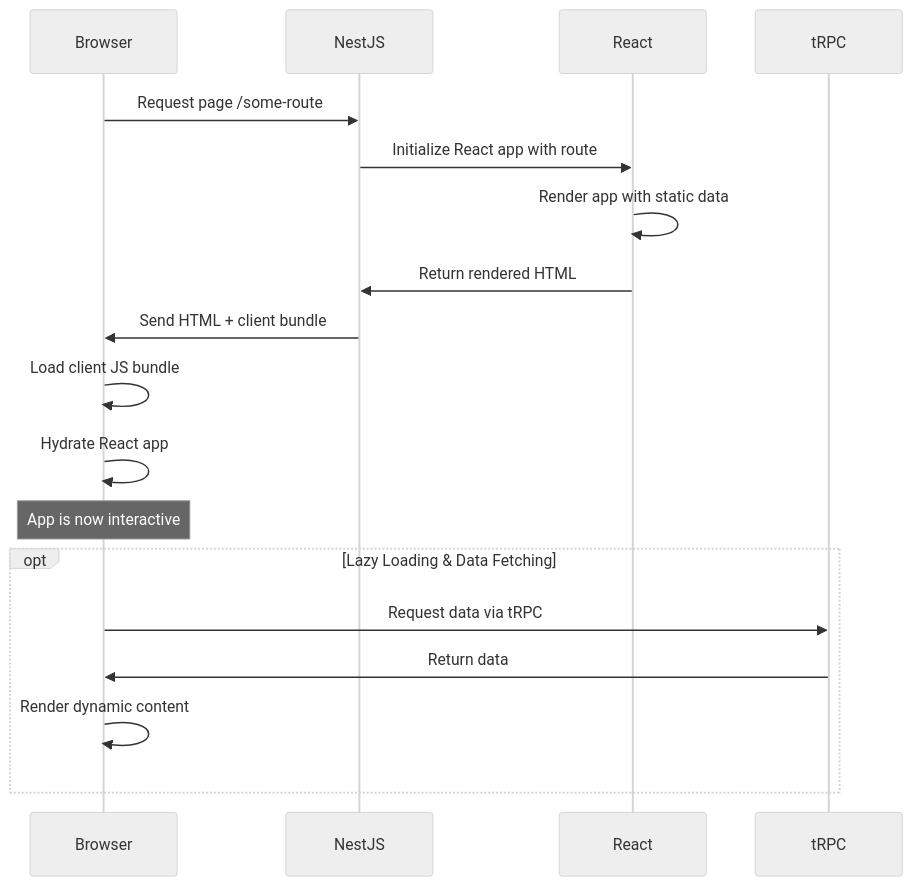
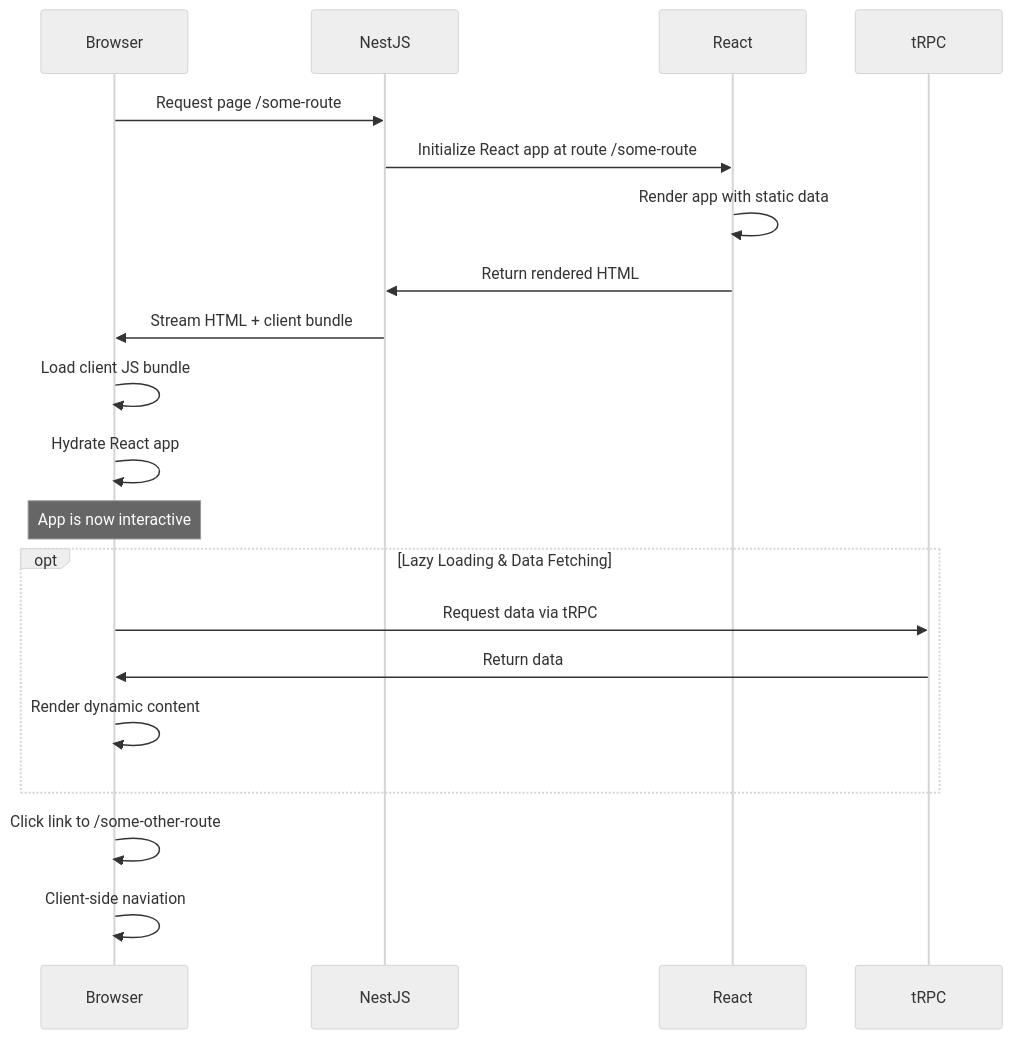
One commit to mjftw/fullstack-ts-starter changed the diagram in apps/api/README.md. Above: the diagram before and after it, drawn with Mermaid (neutral theme).

Commit message:
Update README.md
Updated SSR mermaid diagram

````diff
--- a/apps/api/README.md
+++ b/apps/api/README.md
@@ -398,22 +398,25 @@
 ```mermaid
 sequenceDiagram
     participant Browser
     participant NestJS
     participant React
     participant tRPC
 
     Browser->>NestJS: Request page /some-route
-    NestJS->>React: Initialize React app with route
+    NestJS->>React: Initialize React app at route /some-route
     React->>React: Render app with static data
     React->>NestJS: Return rendered HTML
-    NestJS->>Browser: Send HTML + client bundle
+    NestJS->>Browser: Stream HTML + client bundle
     Browser->>Browser: Load client JS bundle
     Browser->>Browser: Hydrate React app
     Note over Browser: App is now interactive
 
     opt Lazy Loading & Data Fetching
         Browser->>tRPC: Request data via tRPC
         tRPC->>Browser: Return data
         Browser->>Browser: Render dynamic content
     end
+
+    Browser->>Browser: Click link to /some-other-route
+    Browser->>Browser: Client-side naviation
 ```
````
